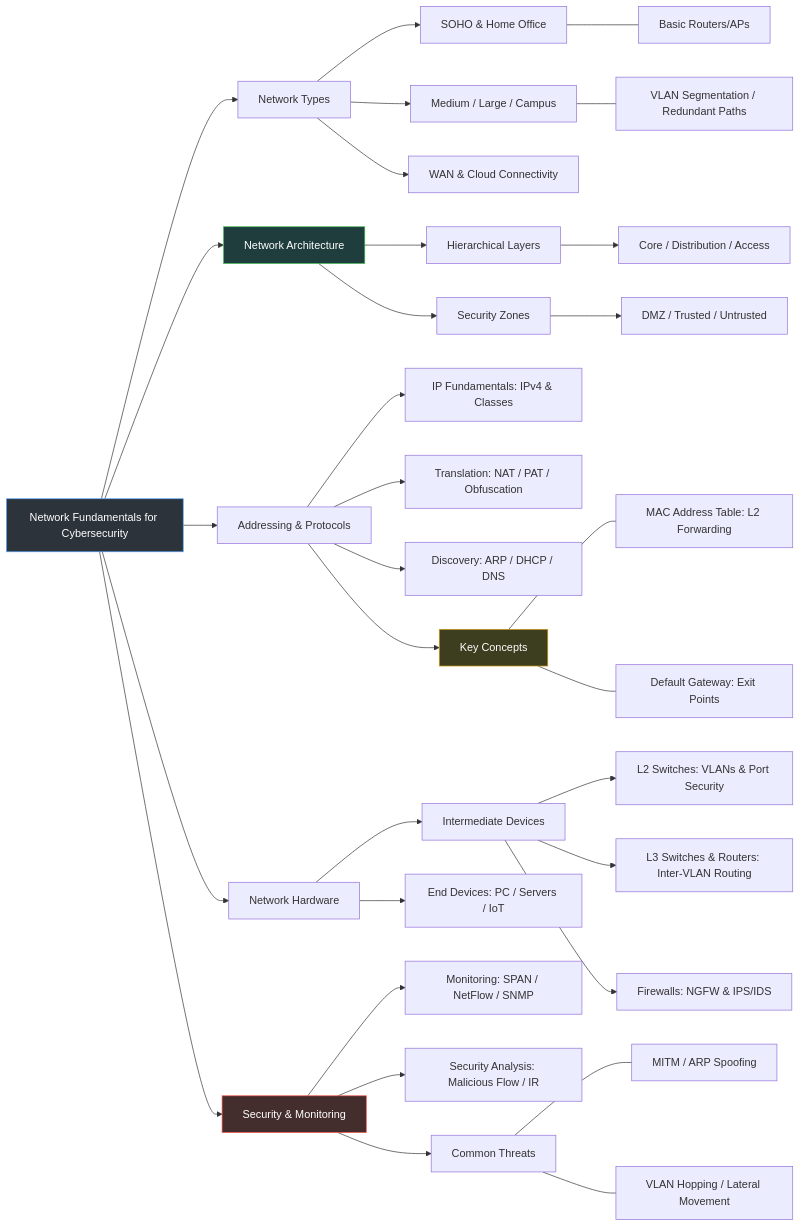
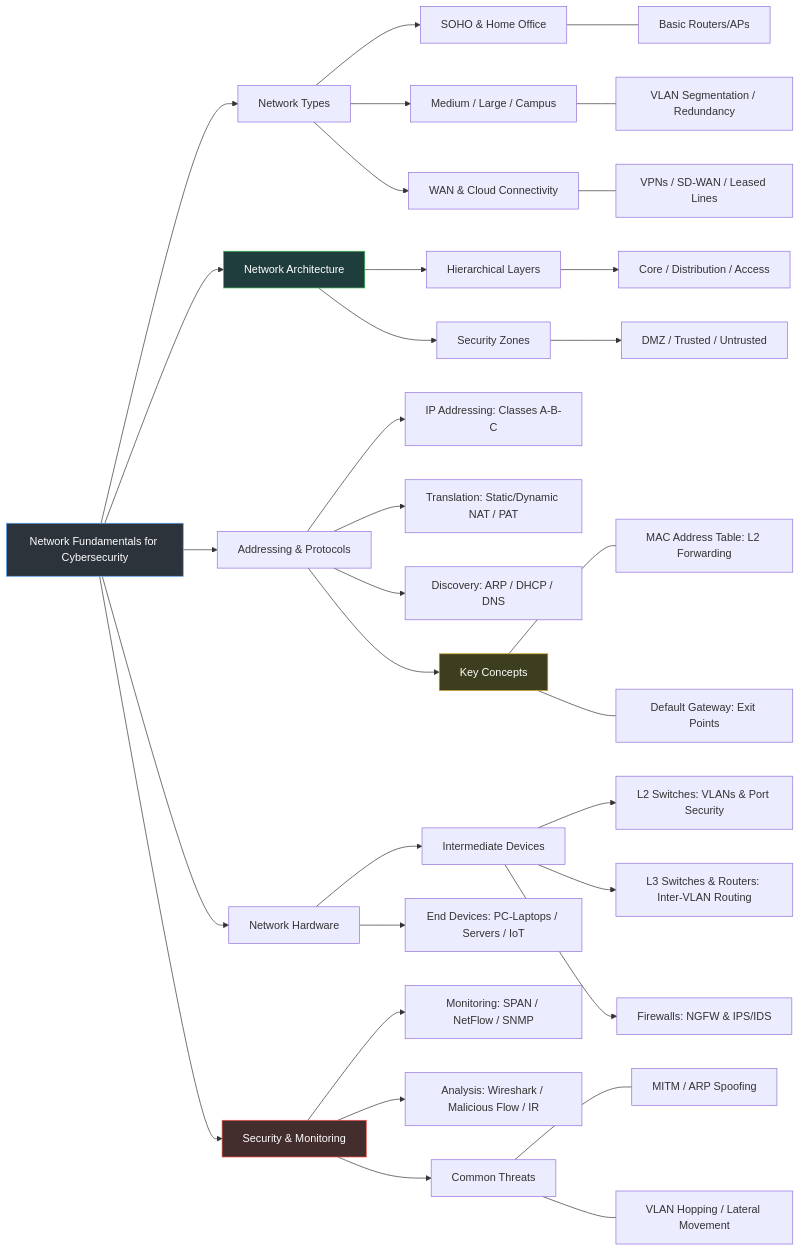
The diagram in README.md (kubra-turkoglu/CyberSecurity-Network-Handbook), drawn with Mermaid before and after one commit. The commit also changed other lines of this file, not shown here.

````diff
--- a/README.md
+++ b/README.md
@@ -55,50 +12,51 @@
 ```mermaid
 graph LR
     %% Main Node
     Main[Network Fundamentals for Cybersecurity] --> Types[Network Types]
     Main --> Arch[Network Architecture]
     Main --> Proto[Addressing & Protocols]
     Main --> Hardware[Network Hardware]
     Main --> Security[Security & Monitoring]
 
-    %% Network Types
+    %% Network Types (Görsel Destekli)
     Types --> SOHO[SOHO & Home Office]
     Types --> Enterprise[Medium / Large / Campus]
     Types --> WAN[WAN & Cloud Connectivity]
     SOHO --- S1[Basic Routers/APs]
-    Enterprise --- E1[VLAN Segmentation / Redundant Paths]
+    Enterprise --- E1[VLAN Segmentation / Redundancy]
+    WAN --- W1[VPNs / SD-WAN / Leased Lines]
 
-    %% Architecture
+    %% Architecture (Görsel Destekli)
     Arch --> Layers[Hierarchical Layers]
     Layers --> L1[Core / Distribution / Access]
     Arch --> Seg[Security Zones]
-    Seg --> DMZ[DMZ / Trusted / Untrusted]
+    Seg --> L2[DMZ / Trusted / Untrusted]
 
-    %% Protocols & Key Concepts
-    Proto --> L3[IP Fundamentals: IPv4 & Classes]
-    Proto --> Services[Translation: NAT / PAT / Obfuscation]
+    %% Protocols (Görsel Destekli)
+    Proto --> L3[IP Addressing: Classes A-B-C]
+    Proto --> Services[Translation: Static/Dynamic NAT / PAT]
     Proto --> Discovery[Discovery: ARP / DHCP / DNS]
     Proto --> Concepts[Key Concepts]
     Concepts --- C1[MAC Address Table: L2 Forwarding]
     Concepts --- C2[Default Gateway: Exit Points]
 
-    %% Hardware (L2/L3 Focus)
+    %% Hardware (Görsel Destekli)
     Hardware --> Inter[Intermediate Devices]
     Inter --> L2SW[L2 Switches: VLANs & Port Security]
     Inter --> L3SW[L3 Switches & Routers: Inter-VLAN Routing]
     Inter --> FW[Firewalls: NGFW & IPS/IDS]
-    Hardware --> End[End Devices: PC / Servers / IoT]
+    Hardware --> End[End Devices: PC-Laptops / Servers / IoT]
 
-    %% Security & Blue Team
+    %% Security (Blue Team Fokus)
     Security --> Analysis[Monitoring: SPAN / NetFlow / SNMP]
-    Security --> Defense[Security Analysis: Malicious Flow / IR]
+    Security --> Defense[Analysis: Wireshark / Malicious Flow / IR]
     Security --> Attacks[Common Threats]
     Attacks --- A1[MITM / ARP Spoofing]
     Attacks --- A2[VLAN Hopping / Lateral Movement]
 
     %% Styling
     style Main fill:#2d333b,stroke:#58a6ff,color:#fff
     style Security fill:#442d2d,stroke:#f85149,color:#fff
     style Arch fill:#1f3d3d,stroke:#3fb950,color:#fff
     style Concepts fill:#3d3d1f,stroke:#d4a017,color:#fff
 ```
````
